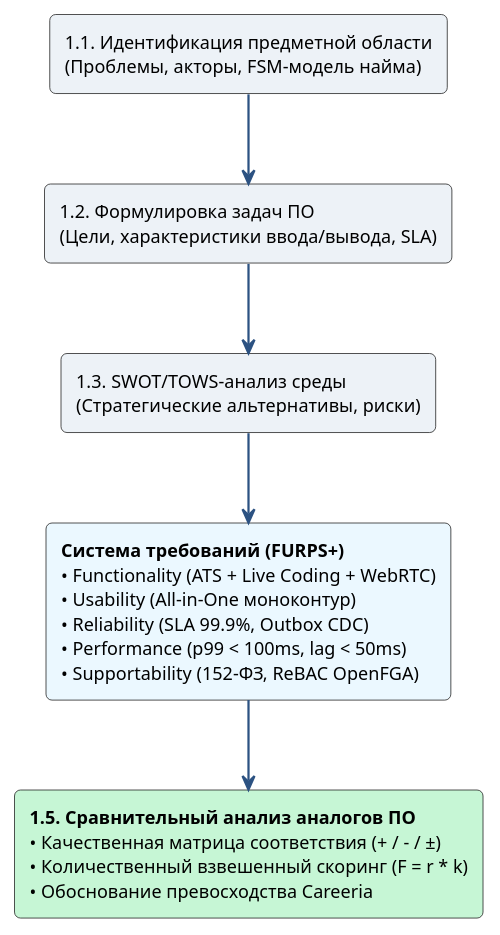
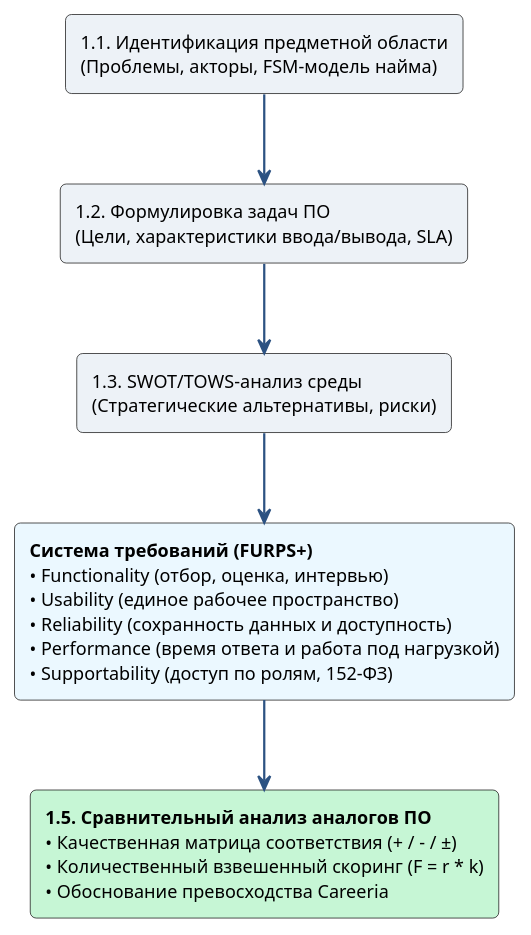
Before and after one commit to krackl1n/careeria: the first of 5 diagrams in docs/project/01-general/05-analogs-analysis.md, drawn with PlantUML. The commit also changed other lines of this file and 37 other files, not shown here.

````diff
--- a/docs/project/01-general/05-analogs-analysis.md
+++ b/docs/project/01-general/05-analogs-analysis.md
@@ -13,22 +13,22 @@
 ```plantuml
 @startuml
 skinparam rectangle {
   RoundCorner 8
   FontName Arial
   FontSize 12
 }
 skinparam ArrowColor #2C5282
 skinparam ArrowThickness 1.5
 
 rectangle "1.1. Идентификация предметной области\n(Проблемы, акторы, FSM-модель найма)" as S1 #EDF2F7
 rectangle "1.2. Формулировка задач ПО\n(Цели, характеристики ввода/вывода, SLA)" as S2 #EDF2F7
 rectangle "1.3. SWOT/TOWS-анализ среды\n(Стратегические альтернативы, риски)" as S3 #EDF2F7
-rectangle "**Система требований (FURPS+)**\n• Functionality (ATS + Live Coding + WebRTC)\n• Usability (All-in-One моноконтур)\n• Reliability (SLA 99.9%, Outbox CDC)\n• Performance (p99 < 100ms, lag < 50ms)\n• Supportability (152-ФЗ, ReBAC OpenFGA)" as Req #EBF8FF
+rectangle "**Система требований (FURPS+)**\n• Functionality (отбор, оценка, интервью)\n• Usability (единое рабочее пространство)\n• Reliability (сохранность данных и доступность)\n• Performance (время ответа и работа под нагрузкой)\n• Supportability (доступ по ролям, 152-ФЗ)" as Req #EBF8FF
 rectangle "**1.5. Сравнительный анализ аналогов ПО**\n• Качественная матрица соответствия (+ / - / ±)\n• Количественный взвешенный скоринг (F = r * k)\n• Обоснование превосходства Careeria" as Analogs #C6F6D5
 
 S1 -down-> S2
 S2 -down-> S3
 S3 -down-> Req
 Req -down-> Analogs
 @enduml
 ```
````
